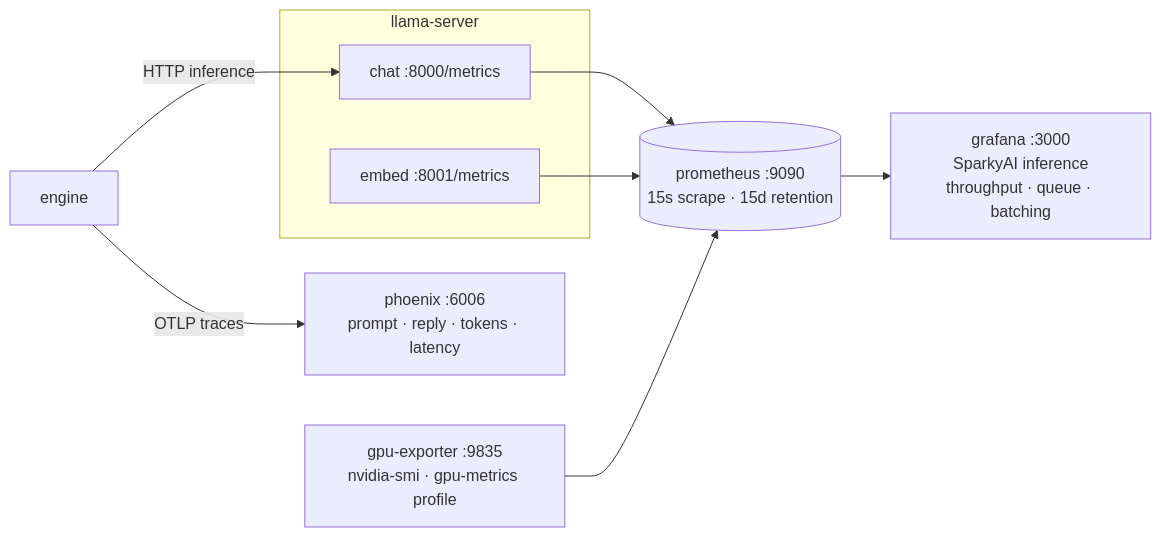
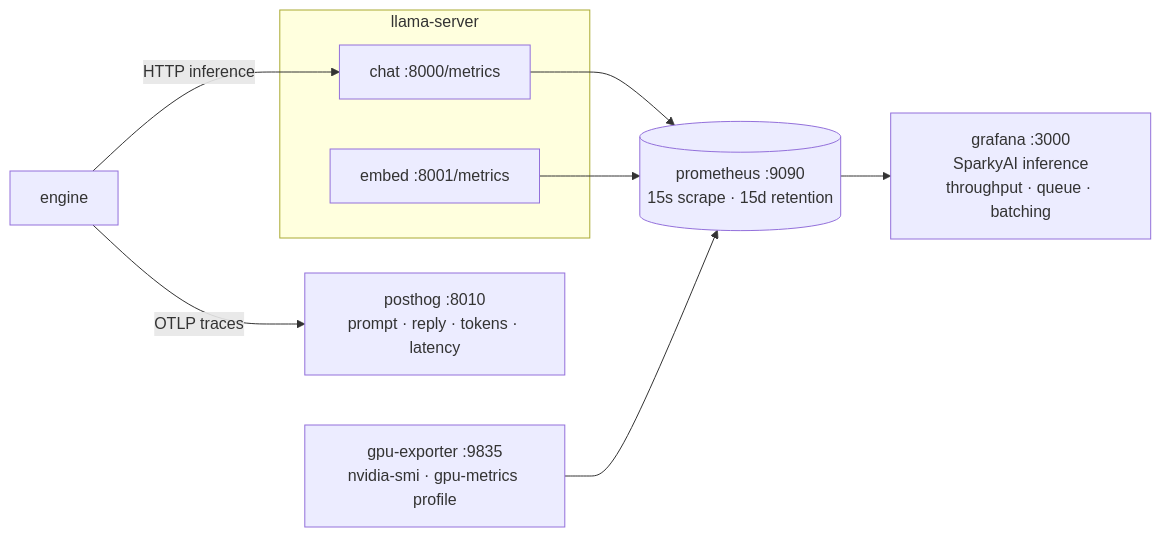
Before and after one commit to ashworks1706/SparkyAI: the ninth of 9 diagrams in docs/ARCHITECTURE.md, drawn with Mermaid. The commit also changed other lines of this file and 1 other file, not shown here.

First line of the commit message:
docs: point the architecture and agent guide at PostHog

````diff
--- a/docs/ARCHITECTURE.md
+++ b/docs/ARCHITECTURE.md
@@ -491,14 +492,14 @@
 ```mermaid
 flowchart LR
     subgraph inference["llama-server"]
         CH["chat :8000/metrics"]
         EM["embed :8001/metrics"]
     end
     GX["gpu-exporter :9835<br/>nvidia-smi · gpu-metrics profile"]
     CH --> P[("prometheus :9090<br/>15s scrape · 15d retention")]
     EM --> P
     GX --> P
     P --> G["grafana :3000<br/>SparkyAI inference<br/>throughput · queue · batching"]
-    EN["engine"] -->|OTLP traces| PX["phoenix :6006<br/>prompt · reply · tokens · latency"]
+    EN["engine"] -->|OTLP traces| PX["posthog :8010<br/>prompt · reply · tokens · latency"]
     EN -->|HTTP inference| CH
 ```
````
